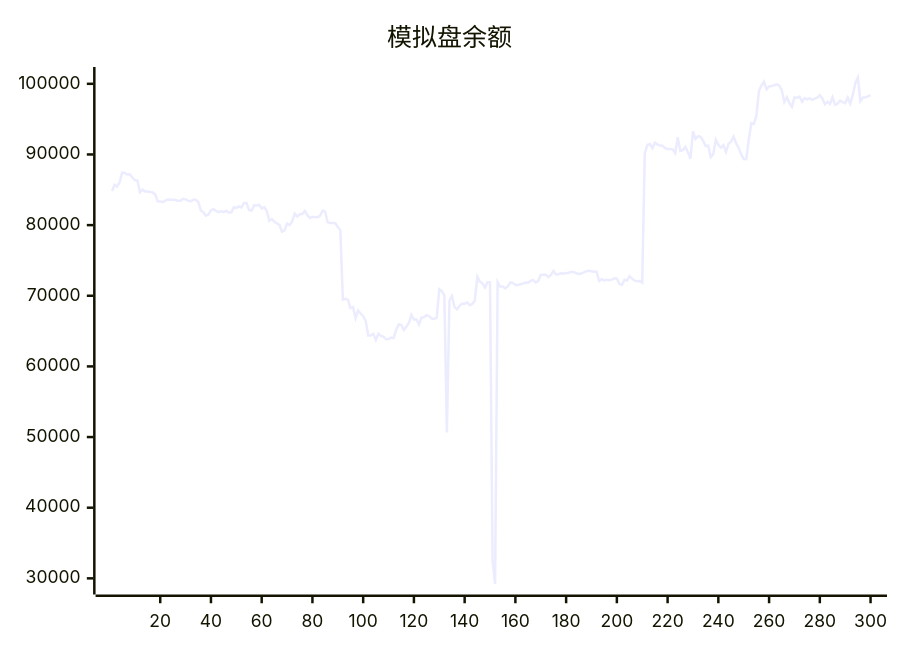
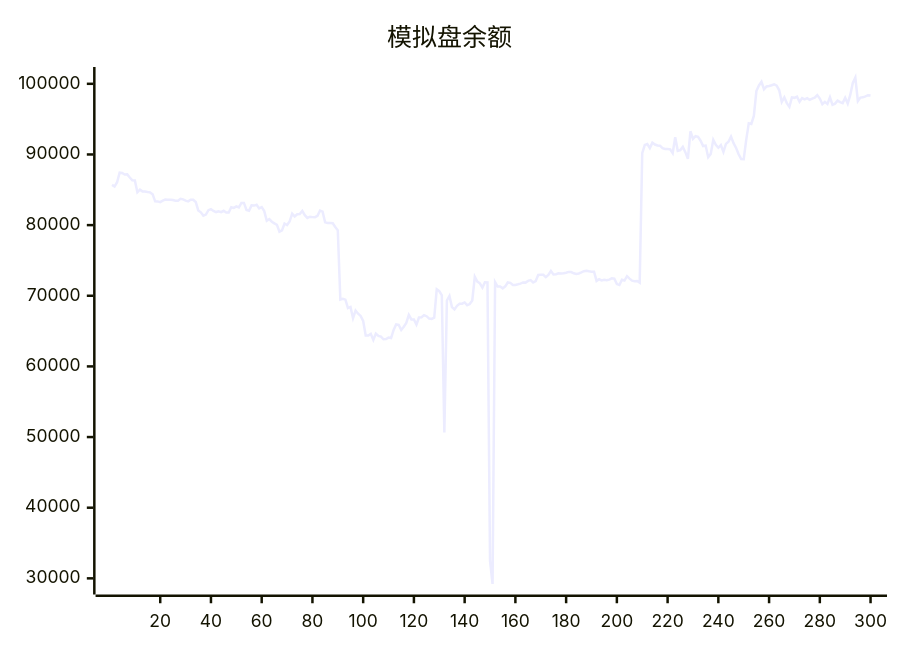
Before and after one commit to aahl/ai-trading: the diagram in README.md, drawn with Mermaid. The commit also changed other lines of this file and 1 other file, not shown here.

````diff
--- a/README.md
+++ b/README.md
@@ -5,5 +5,5 @@
 ```mermaid
 xychart
     title "模拟盘余额"
-    line [84820,85689,85453,86066,87420,87373,87161,87178,86740,86341,86315,84643,85012,84772,84768,84690,84635,84376,83360,83357,83259,83474,83608,83606,83602,83548,83440,83454,83724,83644,83464,83365,83590,83592,83275,82072,81806,81344,81492,82109,82254,82006,81848,81955,81829,82022,81769,81776,82522,82441,82656,82498,83144,83144,82150,82038,82797,82763,82872,82367,82536,81981,80612,80862,80484,80242,80034,79063,79245,80226,80016,80507,81625,81233,81544,81578,82016,81401,81019,81186,81130,81118,81306,82066,81909,80392,80304,80291,80258,79729,79261,69466,69579,69456,68251,68415,66832,67911,67462,67144,66432,64380,64375,64606,63740,64647,64324,64216,63842,63877,64078,64008,65156,65945,65888,65157,65625,66144,67284,66653,66639,65924,66925,66956,67263,67108,66766,66729,66886,70927,70673,70049,50652,69334,69973,68400,68061,68578,68876,68879,69055,68662,68822,69329,72687,71999,71760,71162,71911,71896,32500,29218,71927,71297,71305,71044,71337,71883,71822,71536,71536,71622,71723,71880,71860,72100,72216,71887,72077,72940,72976,72966,72638,72948,73497,73004,73041,73173,73160,73186,73258,73375,73351,73173,73098,73161,73305,73474,73536,73457,73413,73412,72100,72333,72164,72272,72204,72285,72461,72421,71652,71521,72267,72157,72774,72424,72144,72060,72091,71858,90185,91338,91466,90900,91678,91404,91268,91244,90903,90779,90787,90721,90187,92429,90518,90619,91070,90328,89376,93286,92202,92581,92485,91947,91196,91259,89619,90086,92063,91355,90950,91327,90373,91498,91800,92531,91603,90910,90031,89351,89334,92097,94406,94315,95455,98972,99763,100286,99229,99622,99701,99805,99938,99738,99082,97430,98094,97267,96741,98081,98013,98194,97447,97983,97789,97969,97729,97911,98043,98405,97912,97120,97448,97154,98095,97021,97190,97616,97402,97263,98035,97210,98424,100120,100876,97552,98049,98085,98228,98388]
+    line [85689,85453,86066,87420,87373,87161,87178,86740,86341,86315,84643,85012,84772,84768,84690,84635,84376,83360,83357,83259,83474,83608,83606,83602,83548,83440,83454,83724,83644,83464,83365,83590,83592,83275,82072,81806,81344,81492,82109,82254,82006,81848,81955,81829,82022,81769,81776,82522,82441,82656,82498,83144,83144,82150,82038,82797,82763,82872,82367,82536,81981,80612,80862,80484,80242,80034,79063,79245,80226,80016,80507,81625,81233,81544,81578,82016,81401,81019,81186,81130,81118,81306,82066,81909,80392,80304,80291,80258,79729,79261,69466,69579,69456,68251,68415,66832,67911,67462,67144,66432,64380,64375,64606,63740,64647,64324,64216,63842,63877,64078,64008,65156,65945,65888,65157,65625,66144,67284,66653,66639,65924,66925,66956,67263,67108,66766,66729,66886,70927,70673,70049,50652,69334,69973,68400,68061,68578,68876,68879,69055,68662,68822,69329,72687,71999,71760,71162,71911,71896,32500,29218,71927,71297,71305,71044,71337,71883,71822,71536,71536,71622,71723,71880,71860,72100,72216,71887,72077,72940,72976,72966,72638,72948,73497,73004,73041,73173,73160,73186,73258,73375,73351,73173,73098,73161,73305,73474,73536,73457,73413,73412,72100,72333,72164,72272,72204,72285,72461,72421,71652,71521,72267,72157,72774,72424,72144,72060,72091,71858,90185,91338,91466,90900,91678,91404,91268,91244,90903,90779,90787,90721,90187,92429,90518,90619,91070,90328,89376,93286,92202,92581,92485,91947,91196,91259,89619,90086,92063,91355,90950,91327,90373,91498,91800,92531,91603,90910,90031,89351,89334,92097,94406,94315,95455,98972,99763,100286,99229,99622,99701,99805,99938,99738,99082,97430,98094,97267,96741,98081,98013,98194,97447,97983,97789,97969,97729,97911,98043,98405,97912,97120,97448,97154,98095,97021,97190,97616,97402,97263,98035,97210,98424,100120,100876,97552,98049,98085,98228,98388,98342]
 ```
````
